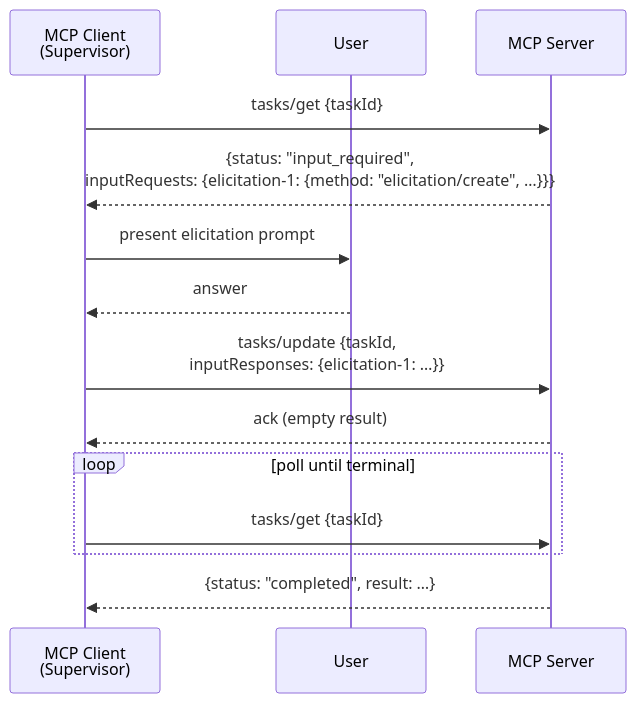
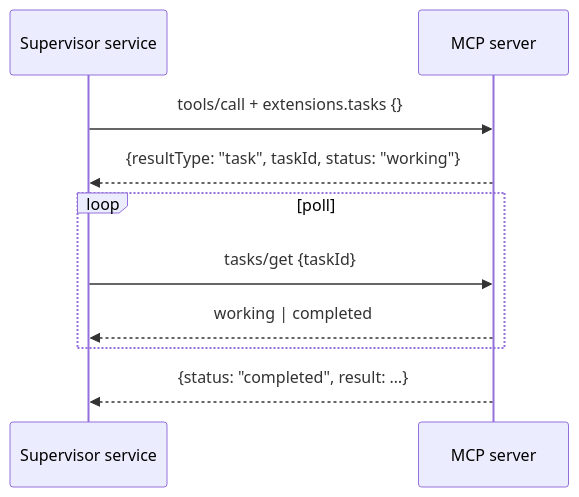
Before and after one commit to modelcontextprotocol/agents-wg: the third of 3 diagrams in docs/research/deep_agent_mcp_analysis.md, drawn with Mermaid. The commit also changed other lines of this file, not shown here.

First line of the commit message:
Revise deep agent vs MCP analysis document

````diff
--- a/docs/research/deep_agent_mcp_analysis.md
+++ b/docs/research/deep_agent_mcp_analysis.md
@@ -223,21 +143,13 @@
 ```mermaid
 sequenceDiagram
-    participant Sup as MCP Client<br/>(Supervisor)
-    participant User
-    participant Srv as MCP Server
+    participant App as Supervisor service
+    participant MCP as MCP server
 
-    Sup->>Srv: tasks/get {taskId}
-    Srv-->>Sup: {status: "input_required",<br/>inputRequests: {elicitation-1: {method: "elicitation/create", …}}}
-
-    Sup->>User: present elicitation prompt
-    User-->>Sup: answer
-
-    Sup->>Srv: tasks/update {taskId,<br/>inputResponses: {elicitation-1: …}}
-    Srv-->>Sup: ack (empty result)
-
-    loop poll until terminal
-        Sup->>Srv: tasks/get {taskId}
+    App->>MCP: tools/call + extensions.tasks {}
+    MCP-->>App: {resultType: "task", taskId, status: "working"}
+    loop poll
+        App->>MCP: tasks/get {taskId}
+        MCP-->>App: working | completed
     end
-
-    Srv-->>Sup: {status: "completed", result: …}
+    MCP-->>App: {status: "completed", result: …}
 ```
````
